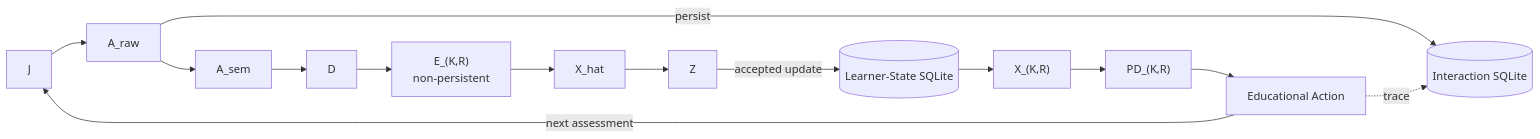
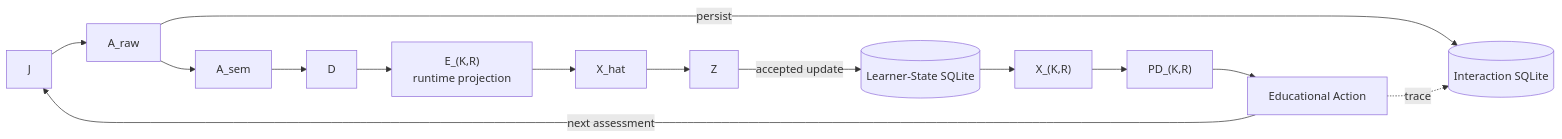
One commit to thatao72/three-twin-docs changed the fourth of 5 diagrams in content/architecture.md. Above: the diagram before and after it, drawn with Mermaid. The commit also changed other lines of this file, not shown here.

Commit message:
Reframe architecture docs around enduring Three-Twin principles

````diff
--- a/content/architecture.md
+++ b/content/architecture.md
@@ -254,22 +332,22 @@
 ```mermaid
 flowchart LR
 
     J["J"] --> AR["A_raw"]
 
     AR -->|"persist"| IDB[("Interaction SQLite")]
 
     AR --> AS["A_sem"]
     AS --> D["D"]
-    D --> E["E_(K,R)<br/>non-persistent"]
+    D --> E["E_(K,R)<br/>runtime projection"]
     E --> XH["X_hat"]
     XH --> Z["Z"]
 
     Z -->|"accepted update"| LDB[("Learner-State SQLite")]
 
     LDB --> X["X_(K,R)"]
     X --> PD["PD_(K,R)"]
     PD --> EA["Educational Action"]
 
     EA -. "trace" .-> IDB
     EA -->|"next assessment"| J
 ```
````
